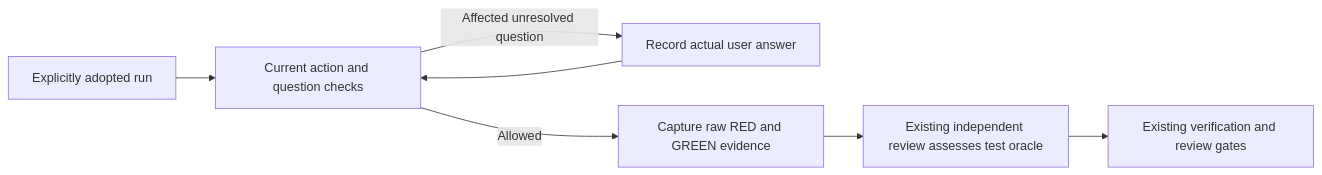
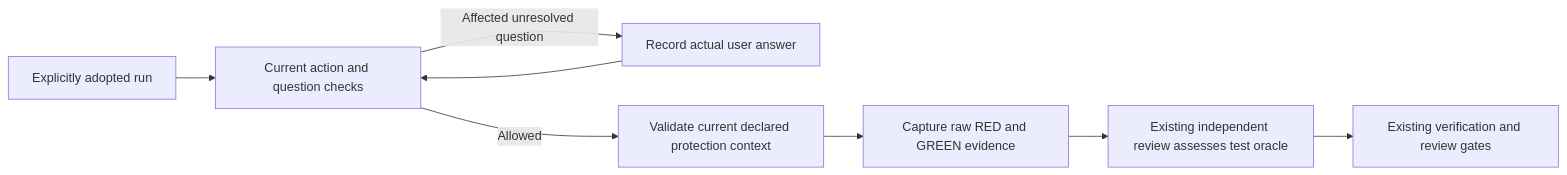
Before and after one commit to wgentil/devflow: the second of 2 diagrams in skills/build-work/GUIDE.md, drawn with Mermaid. The commit also changed other lines of this file and 30 other files, not shown here.

````diff
--- a/skills/build-work/GUIDE.md
+++ b/skills/build-work/GUIDE.md
@@ -140,9 +145,10 @@
 ```mermaid
 flowchart LR
     Adopt[Explicitly adopted run] --> Check[Current action and question checks]
     Check -->|Affected unresolved question| Ask[Record actual user answer]
     Ask --> Check
-    Check -->|Allowed| Capture[Capture raw RED and GREEN evidence]
+    Check -->|Allowed| Protect[Validate current declared protection context]
+    Protect --> Capture[Capture raw RED and GREEN evidence]
     Capture --> Review[Existing independent review assesses test oracle]
     Review --> Existing[Existing verification and review gates]
 ```
````
